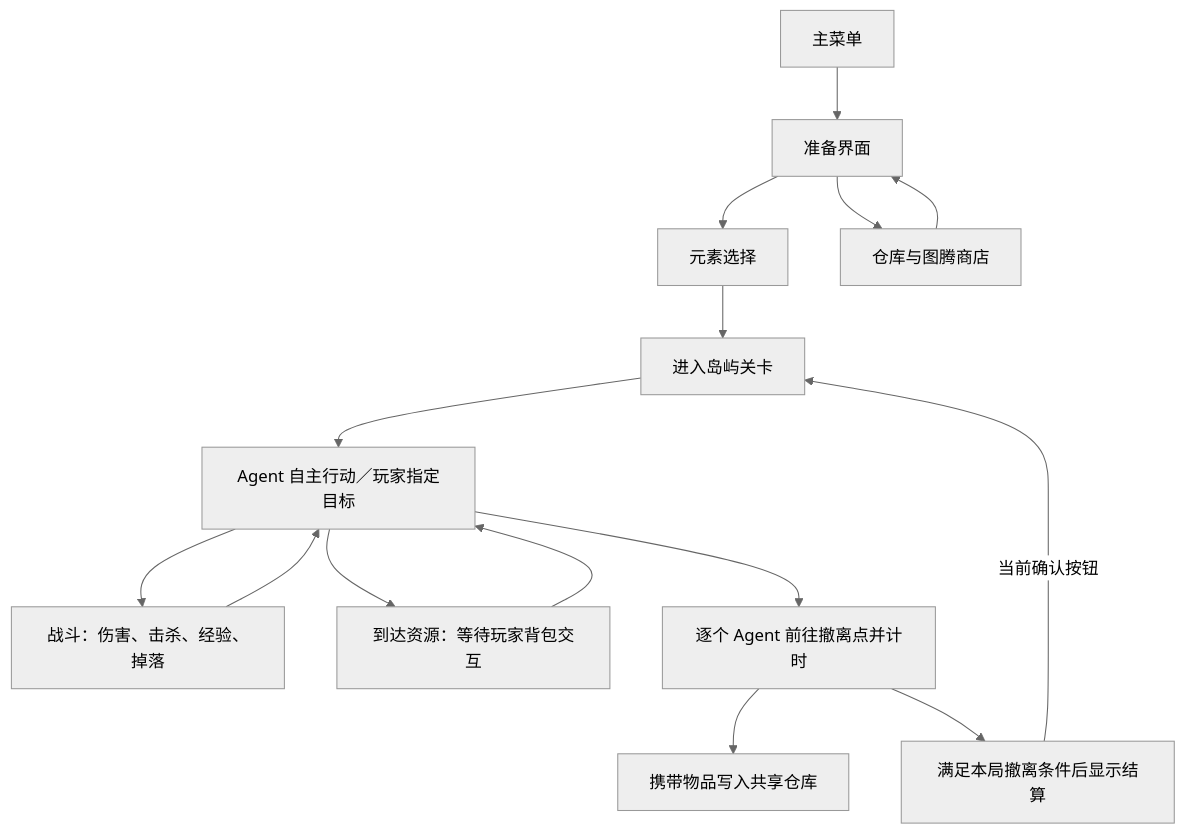
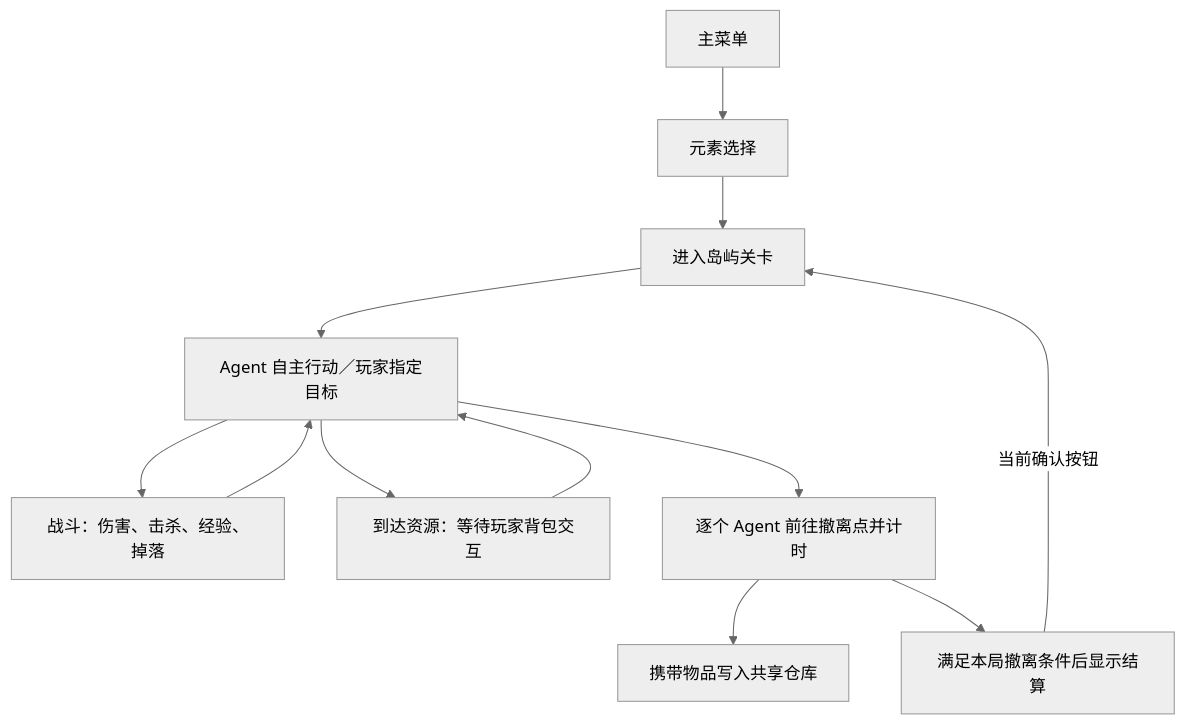
The diagram in README.md (mcaswen/Extraction-like), drawn with Mermaid (neutral theme) before and after one commit. The commit also changed other lines of this file and 3 other files, not shown here.

````diff
--- a/README.md
+++ b/README.md
@@ -118,17 +118,14 @@
 ```mermaid
 flowchart TD
-    Menu[主菜单] --> Prep[准备界面]
-    Prep --> Select[元素选择]
-    Prep --> Shop[仓库与图腾商店]
-    Shop --> Prep
+    Menu[主菜单] --> Select[元素选择]
     Select --> Raid[进入岛屿关卡]
     Raid --> Act[Agent 自主行动／玩家指定目标]
     Act --> Combat[战斗：伤害、击杀、经验、掉落]
     Act --> Search[到达资源：等待玩家背包交互]
     Combat --> Act
     Search --> Act
     Act --> Extract[逐个 Agent 前往撤离点并计时]
     Extract --> Storage[携带物品写入共享仓库]
     Extract --> Result[满足本局撤离条件后显示结算]
     Result -->|当前确认按钮| Raid
 ```
````
